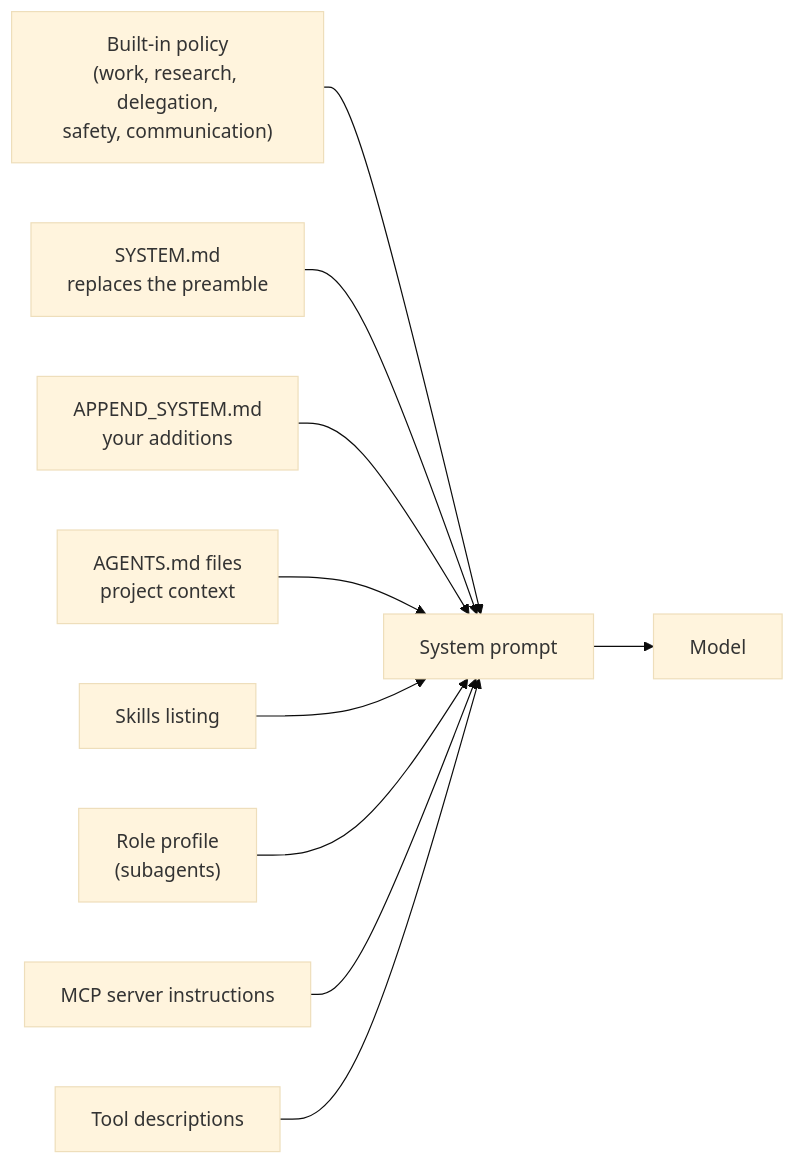
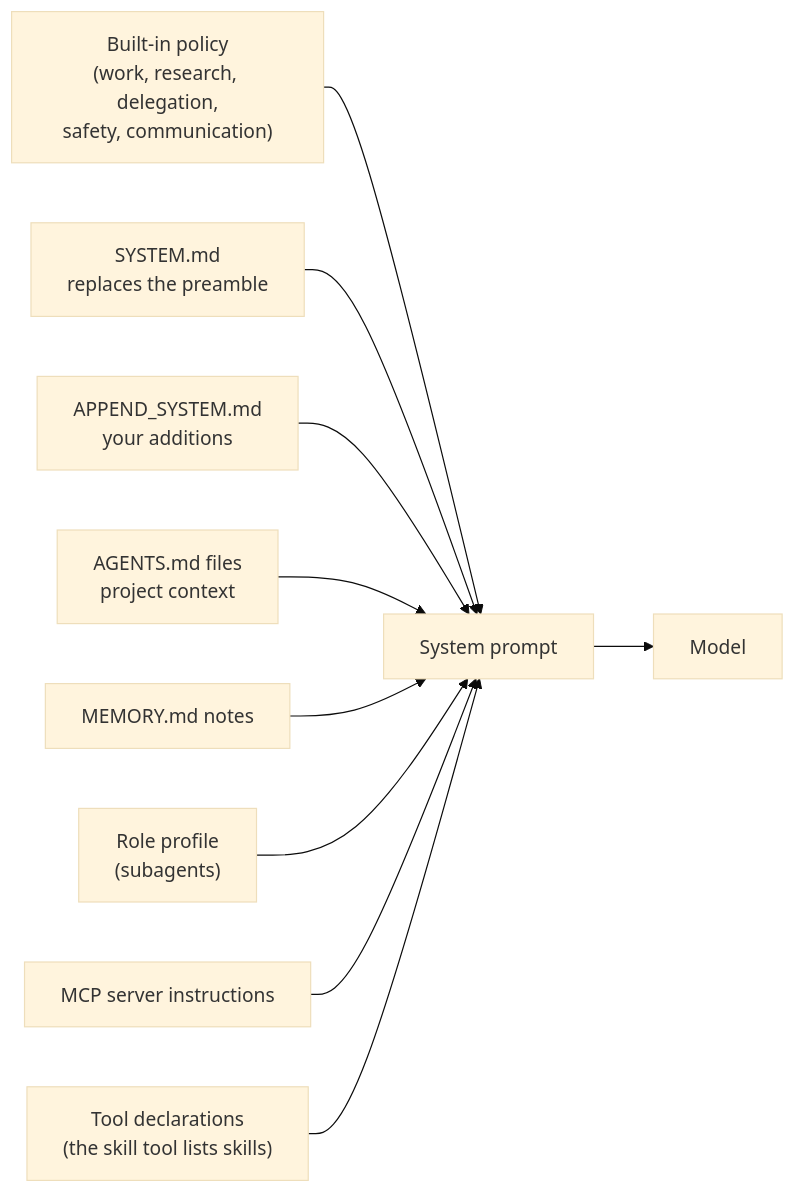
One commit to bgauryy/octocode-coding-agent changed the diagram in packages/coding-agent/docs/prompts.md. Above: the diagram before and after it, drawn with Mermaid (base theme). The commit also changed other lines of this file and 41 other files, not shown here.

````diff
--- a/packages/coding-agent/docs/prompts.md
+++ b/packages/coding-agent/docs/prompts.md
@@ -5,12 +5,12 @@
 ```mermaid
 flowchart LR
     B["Built-in policy<br/>(work, research, delegation,<br/>safety, communication)"] --> P["System prompt"]
     S["SYSTEM.md<br/>replaces the preamble"] --> P
     A["APPEND_SYSTEM.md<br/>your additions"] --> P
     G["AGENTS.md files<br/>project context"] --> P
-    K["Skills listing"] --> P
+    N["MEMORY.md notes"] --> P
     R["Role profile<br/>(subagents)"] --> P
     M["MCP server instructions"] --> P
-    T["Tool descriptions"] --> P
+    T["Tool declarations<br/>(the skill tool lists skills)"] --> P
     P --> X["Model"]
 ```
````
